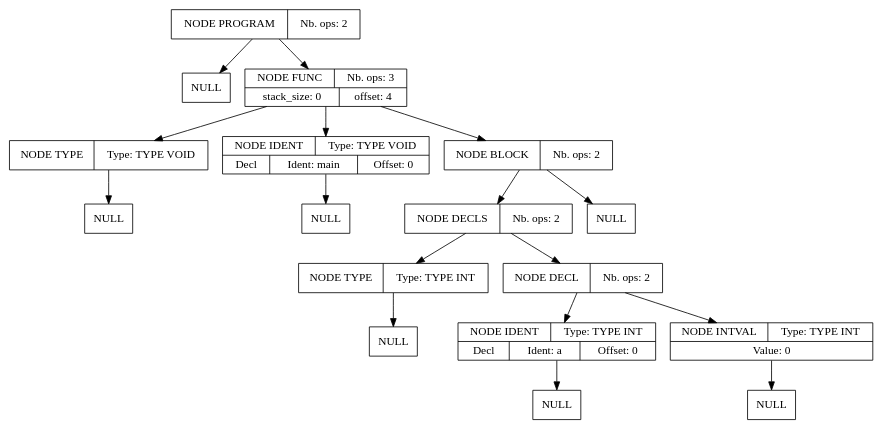
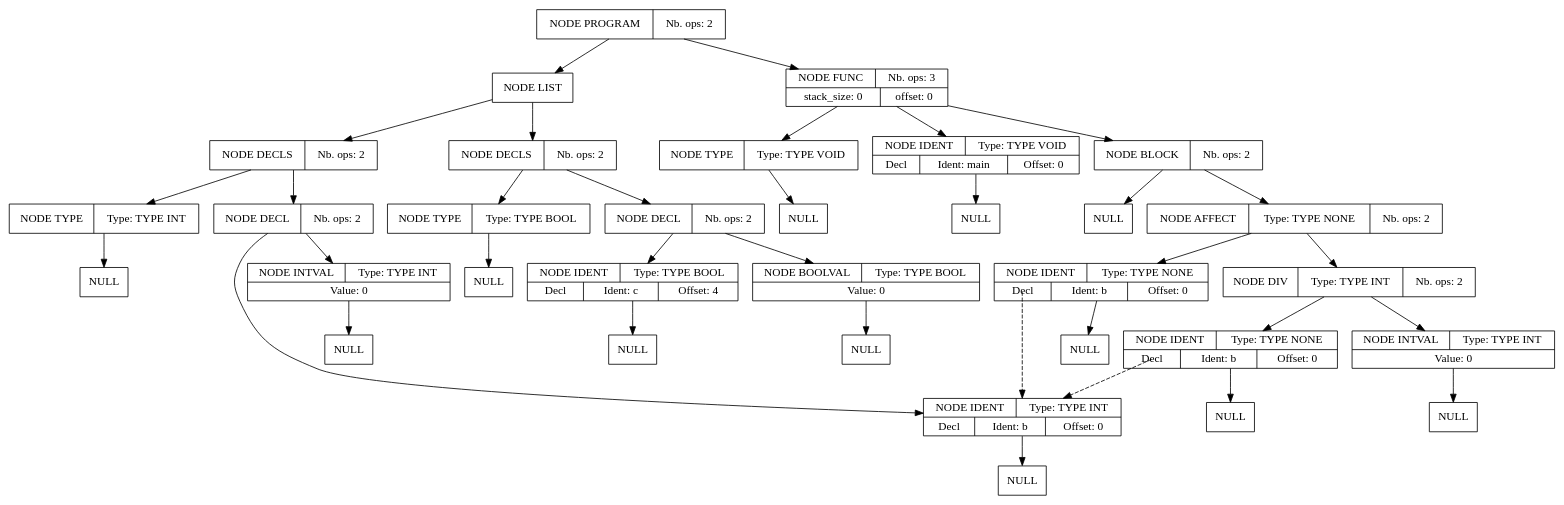
One commit to Serial-DeV/Compilation changed the diagram in projet_compilation_src/src/fichier_dump_fin.dot. Above: the diagram before and after it, drawn with Graphviz. The commit also changed 15 other files, not shown here.

```diff
--- a/projet_compilation_src/src/fichier_dump_fin.dot
+++ b/projet_compilation_src/src/fichier_dump_fin.dot
@@ -1,51 +1,103 @@
 digraph global_vars {
     N1 [shape=record, label="{{NODE PROGRAM|Nb. ops: 2}}"];
-    N2 [shape=record, label="{{NULL}}"];
-    edge[tailclip=true];
-    N1 -> N2
-    N3 [shape=record, label="{{NODE FUNC|Nb. ops: 3}|{stack_size: 0|offset: 4}}"];
-    N4 [shape=record, label="{{NODE TYPE|Type: TYPE VOID}}"];
+    N2 [shape=record, label="{{NODE LIST}}"];
+    N3 [shape=record, label="{{NODE DECLS|Nb. ops: 2}}"];
+    N4 [shape=record, label="{{NODE TYPE|Type: TYPE INT}}"];
     N5 [shape=record, label="{{NULL}}"];
     edge[tailclip=true];
     N4 -> N5
     edge[tailclip=true];
     N3 -> N4
-    N6 [shape=record, label="{{NODE IDENT|Type: TYPE VOID}|{<decl>Decl      |Ident: main|Offset: 0}}"];
-    N7 [shape=record, label="{{NULL}}"];
+    N6 [shape=record, label="{{NODE DECL|Nb. ops: 2}}"];
+    N7 [shape=record, label="{{NODE IDENT|Type: TYPE INT}|{<decl>Decl      |Ident: b|Offset: 0}}"];
+    N8 [shape=record, label="{{NULL}}"];
+    edge[tailclip=true];
+    N7 -> N8
     edge[tailclip=true];
     N6 -> N7
+    N9 [shape=record, label="{{NODE INTVAL|Type: TYPE INT}|{Value: 0}}"];
+    N10 [shape=record, label="{{NULL}}"];
+    edge[tailclip=true];
+    N9 -> N10
+    edge[tailclip=true];
+    N6 -> N9
     edge[tailclip=true];
     N3 -> N6
-    N8 [shape=record, label="{{NODE BLOCK|Nb. ops: 2}}"];
-    N9 [shape=record, label="{{NODE DECLS|Nb. ops: 2}}"];
-    N10 [shape=record, label="{{NODE TYPE|Type: TYPE INT}}"];
-    N11 [shape=record, label="{{NULL}}"];
     edge[tailclip=true];
-    N10 -> N11
-    edge[tailclip=true];
-    N9 -> N10
-    N12 [shape=record, label="{{NODE DECL|Nb. ops: 2}}"];
-    N13 [shape=record, label="{{NODE IDENT|Type: TYPE INT}|{<decl>Decl      |Ident: a|Offset: 0}}"];
-    N14 [shape=record, label="{{NULL}}"];
-    edge[tailclip=true];
-    N13 -> N14
+    N2 -> N3
+    N11 [shape=record, label="{{NODE DECLS|Nb. ops: 2}}"];
+    N12 [shape=record, label="{{NODE TYPE|Type: TYPE BOOL}}"];
+    N13 [shape=record, label="{{NULL}}"];
     edge[tailclip=true];
     N12 -> N13
-    N15 [shape=record, label="{{NODE INTVAL|Type: TYPE INT}|{Value: 0}}"];
+    edge[tailclip=true];
+    N11 -> N12
+    N14 [shape=record, label="{{NODE DECL|Nb. ops: 2}}"];
+    N15 [shape=record, label="{{NODE IDENT|Type: TYPE BOOL}|{<decl>Decl      |Ident: c|Offset: 4}}"];
     N16 [shape=record, label="{{NULL}}"];
     edge[tailclip=true];
     N15 -> N16
     edge[tailclip=true];
-    N12 -> N15
+    N14 -> N15
+    N17 [shape=record, label="{{NODE BOOLVAL|Type: TYPE BOOL}|{Value: 0}}"];
+    N18 [shape=record, label="{{NULL}}"];
     edge[tailclip=true];
-    N9 -> N12
+    N17 -> N18
     edge[tailclip=true];
-    N8 -> N9
-    N17 [shape=record, label="{{NULL}}"];
+    N14 -> N17
     edge[tailclip=true];
-    N8 -> N17
+    N11 -> N14
     edge[tailclip=true];
-    N3 -> N8
+    N2 -> N11
     edge[tailclip=true];
-    N1 -> N3
+    N1 -> N2
+    N19 [shape=record, label="{{NODE FUNC|Nb. ops: 3}|{stack_size: 0|offset: 0}}"];
+    N20 [shape=record, label="{{NODE TYPE|Type: TYPE VOID}}"];
+    N21 [shape=record, label="{{NULL}}"];
+    edge[tailclip=true];
+    N20 -> N21
+    edge[tailclip=true];
+    N19 -> N20
+    N22 [shape=record, label="{{NODE IDENT|Type: TYPE VOID}|{<decl>Decl      |Ident: main|Offset: 0}}"];
+    N23 [shape=record, label="{{NULL}}"];
+    edge[tailclip=true];
+    N22 -> N23
+    edge[tailclip=true];
+    N19 -> N22
+    N24 [shape=record, label="{{NODE BLOCK|Nb. ops: 2}}"];
+    N25 [shape=record, label="{{NULL}}"];
+    edge[tailclip=true];
+    N24 -> N25
+    N26 [shape=record, label="{{NODE AFFECT|Type: TYPE NONE|Nb. ops: 2}}"];
+    N27 [shape=record, label="{{NODE IDENT|Type: TYPE NONE}|{<decl>Decl      |Ident: b|Offset: 0}}"];
+    edge[tailclip=false];
+    "N27":decl:c -> "N7" [style=dashed]
+    N28 [shape=record, label="{{NULL}}"];
+    edge[tailclip=true];
+    N27 -> N28
+    edge[tailclip=true];
+    N26 -> N27
+    N29 [shape=record, label="{{NODE DIV|Type: TYPE INT|Nb. ops: 2}}"];
+    N30 [shape=record, label="{{NODE IDENT|Type: TYPE NONE}|{<decl>Decl      |Ident: b|Offset: 0}}"];
+    edge[tailclip=false];
+    "N30":decl:c -> "N7" [style=dashed]
+    N31 [shape=record, label="{{NULL}}"];
+    edge[tailclip=true];
+    N30 -> N31
+    edge[tailclip=true];
+    N29 -> N30
+    N32 [shape=record, label="{{NODE INTVAL|Type: TYPE INT}|{Value: 0}}"];
+    N33 [shape=record, label="{{NULL}}"];
+    edge[tailclip=true];
+    N32 -> N33
+    edge[tailclip=true];
+    N29 -> N32
+    edge[tailclip=true];
+    N26 -> N29
+    edge[tailclip=true];
+    N24 -> N26
+    edge[tailclip=true];
+    N19 -> N24
+    edge[tailclip=true];
+    N1 -> N19
 }
```
